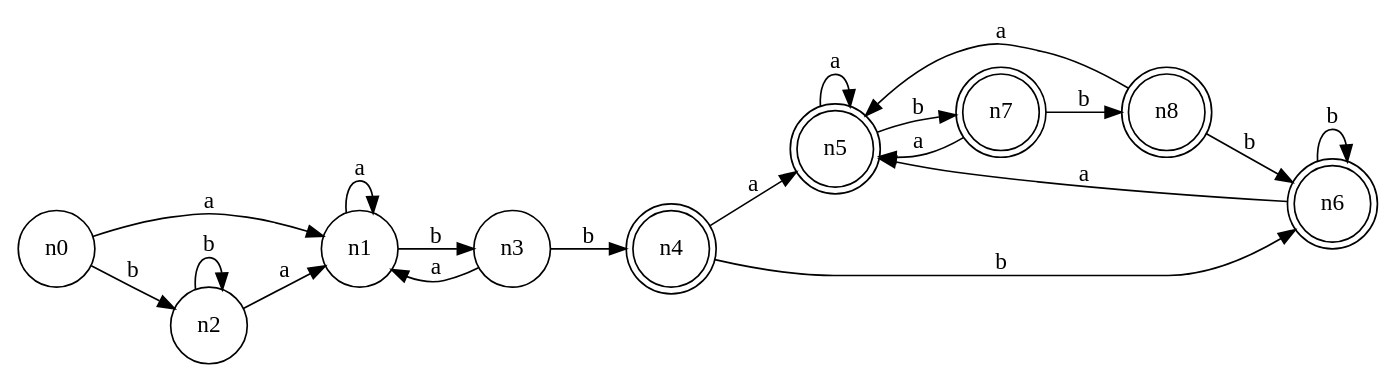
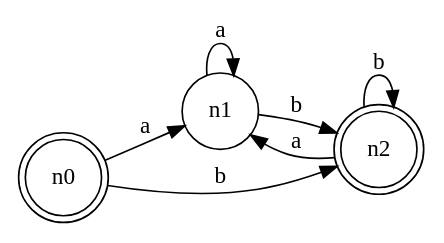
One commit to LocalPiper/compiler-shenanigans changed the diagram in subset_construction/output.dot. Above: the diagram before and after it, drawn with Graphviz. The commit also changed 8 other files, not shown here.

```diff
--- a/subset_construction/output.dot
+++ b/subset_construction/output.dot
@@ -1,30 +1,12 @@
 digraph DFA {
   rankdir=LR;
-  n0 [shape=circle, label="n0"];
+  n0 [shape=doublecircle, label="n0"];
   n1 [shape=circle, label="n1"];
-  n2 [shape=circle, label="n2"];
-  n3 [shape=circle, label="n3"];
-  n4 [shape=doublecircle, label="n4"];
-  n5 [shape=doublecircle, label="n5"];
-  n6 [shape=doublecircle, label="n6"];
-  n7 [shape=doublecircle, label="n7"];
-  n8 [shape=doublecircle, label="n8"];
+  n2 [shape=doublecircle, label="n2"];
   n0 -> n1 [label="a"];
   n0 -> n2 [label="b"];
   n1 -> n1 [label="a"];
-  n1 -> n3 [label="b"];
+  n1 -> n2 [label="b"];
   n2 -> n1 [label="a"];
   n2 -> n2 [label="b"];
-  n3 -> n1 [label="a"];
-  n3 -> n4 [label="b"];
-  n4 -> n5 [label="a"];
-  n4 -> n6 [label="b"];
-  n5 -> n5 [label="a"];
-  n5 -> n7 [label="b"];
-  n6 -> n5 [label="a"];
-  n6 -> n6 [label="b"];
-  n7 -> n5 [label="a"];
-  n7 -> n8 [label="b"];
-  n8 -> n5 [label="a"];
-  n8 -> n6 [label="b"];
 }
```
